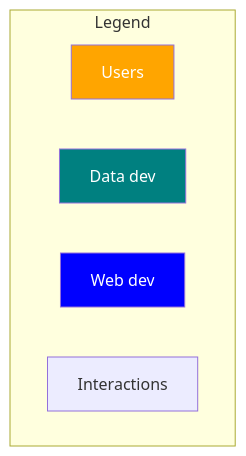
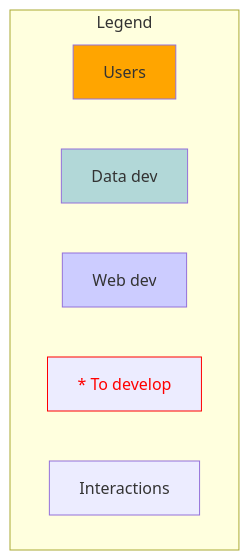
The second of 2 diagrams in README.md (betagouv/mission-transition-ecologique), drawn with Mermaid before and after one commit. The commit also changed other lines of this file and 12 other files, not shown here.

````diff
--- a/README.md
+++ b/README.md
@@ -147,19 +165,17 @@
 ```mermaid
 graph TD;
     subgraph "Legend"
     users[Users]
     data[Data dev]
     web[Web dev]
+    todo[* To develop]
     other[Interactions]
     end
 
-    style users fill:orange
-    style users color:white
-    
-    style data fill:teal
-    style data color:white
+    style users fill:orange    
+    style data fill:#b2d8d8
+    style web fill:#ccccff
 
-    style web fill:blue
-    style web color:white
-    
+    style todo color:red
+    style todo stroke:red
 ```
````
